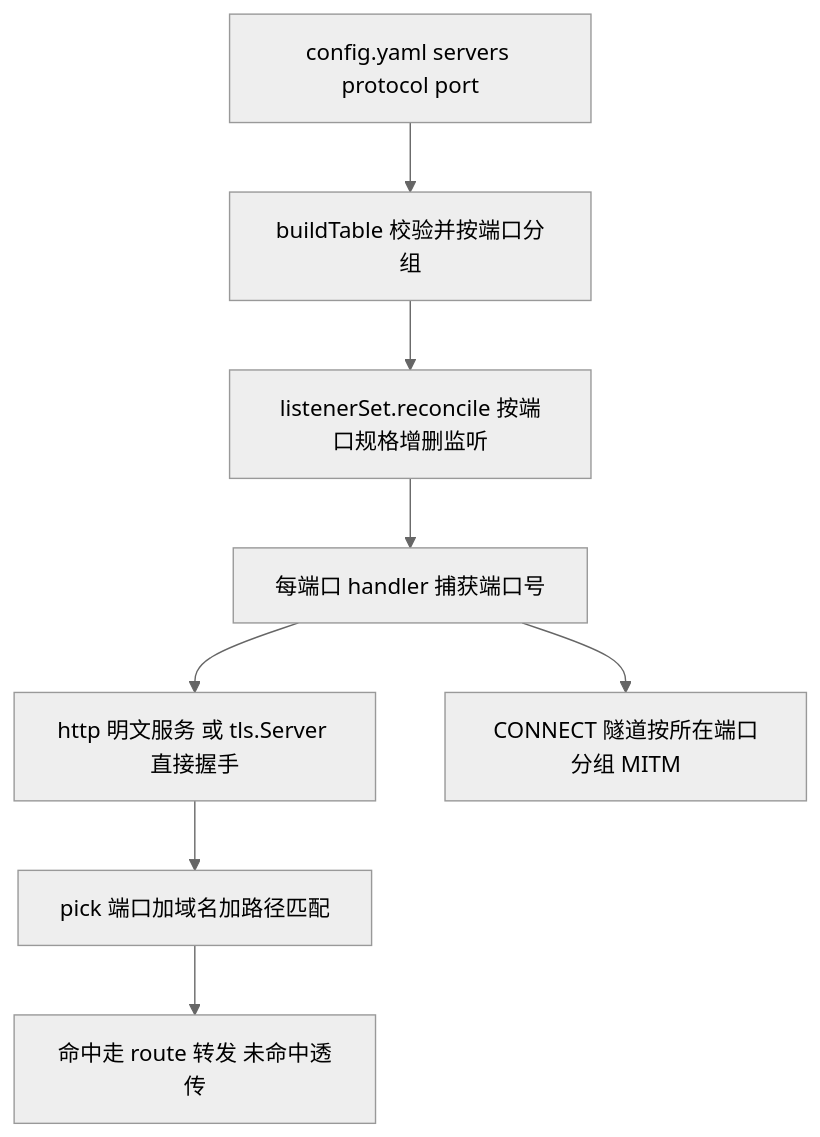
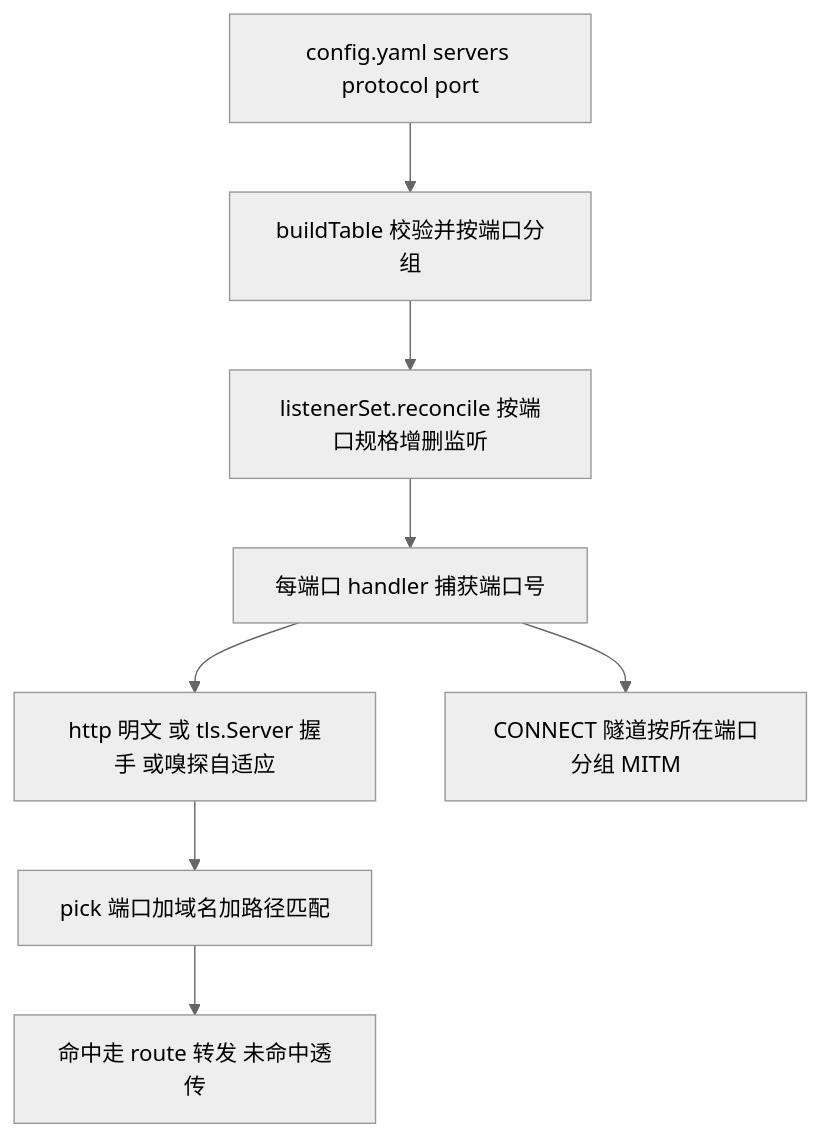
The diagram in .monkeycode/specs/server-port-protocol/design.md (isunk/MyReverseProxy), drawn with Mermaid (neutral theme) before and after one commit. The commit also changed other lines of this file and 7 other files, not shown here.

First line of the commit message:
feat(server): protocol 省略时按连接首字节自适应识别 http/https

````diff
--- a/.monkeycode/specs/server-port-protocol/design.md
+++ b/.monkeycode/specs/server-port-protocol/design.md
@@ -19,10 +19,10 @@
 ```mermaid
 graph TD
     A["config.yaml servers protocol port"] --> B["buildTable 校验并按端口分组"]
     B --> C["listenerSet.reconcile 按端口规格增删监听"]
     C --> D["每端口 handler 捕获端口号"]
-    D --> E["http 明文服务 或 tls.Server 直接握手"]
+    D --> E["http 明文 或 tls.Server 握手 或嗅探自适应"]
     E --> F["pick 端口加域名加路径匹配"]
     F --> G["命中走 route 转发 未命中透传"]
     D --> H["CONNECT 隧道按所在端口分组 MITM"]
 ```
````
